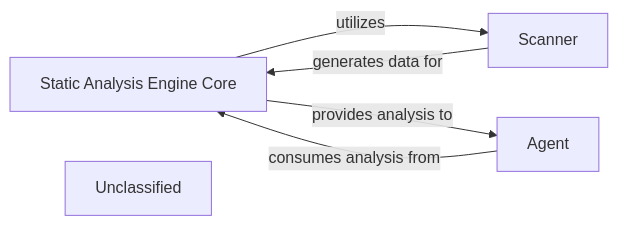
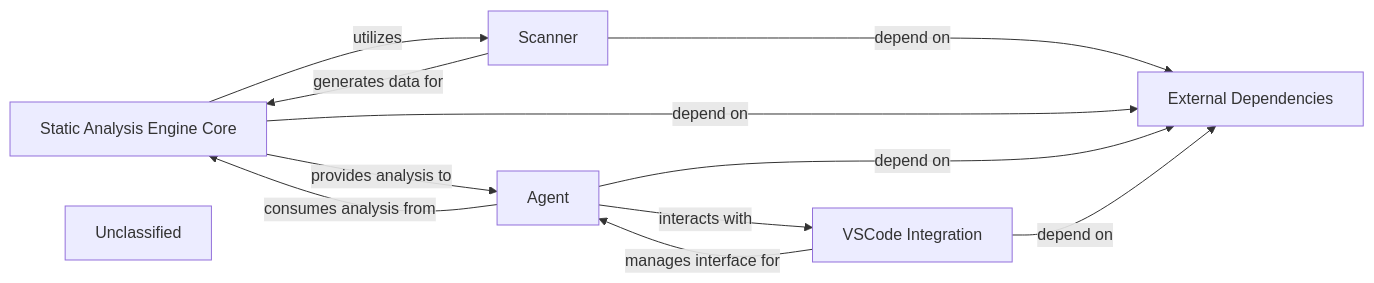
One commit to CodeBoarding/CodeBoarding changed the diagram in .codeboarding/Static_Analysis_Engine.md. Above: the diagram before and after it, drawn with Mermaid. The commit also changed other lines of this file and 17 other files, not shown here.

First line of the commit message:
docs: update codeboarding documentation and generate architecture

````diff
--- a/.codeboarding/Static_Analysis_Engine.md
+++ b/.codeboarding/Static_Analysis_Engine.md
@@ -1,11 +1,19 @@
 ```mermaid
 graph LR
     Static_Analysis_Engine_Core["Static Analysis Engine Core"]
     Scanner["Scanner"]
     Agent["Agent"]
+    VSCode_Integration["VSCode Integration"]
+    External_Dependencies["External Dependencies"]
     Unclassified["Unclassified"]
+    Scanner -- "generates data for" --> Static_Analysis_Engine_Core
     Static_Analysis_Engine_Core -- "utilizes" --> Scanner
     Static_Analysis_Engine_Core -- "provides analysis to" --> Agent
-    Scanner -- "generates data for" --> Static_Analysis_Engine_Core
     Agent -- "consumes analysis from" --> Static_Analysis_Engine_Core
+    Agent -- "interacts with" --> VSCode_Integration
+    VSCode_Integration -- "manages interface for" --> Agent
+    Scanner -- "depend on" --> External_Dependencies
+    Static_Analysis_Engine_Core -- "depend on" --> External_Dependencies
+    Agent -- "depend on" --> External_Dependencies
+    VSCode_Integration -- "depend on" --> External_Dependencies
 ```
````
